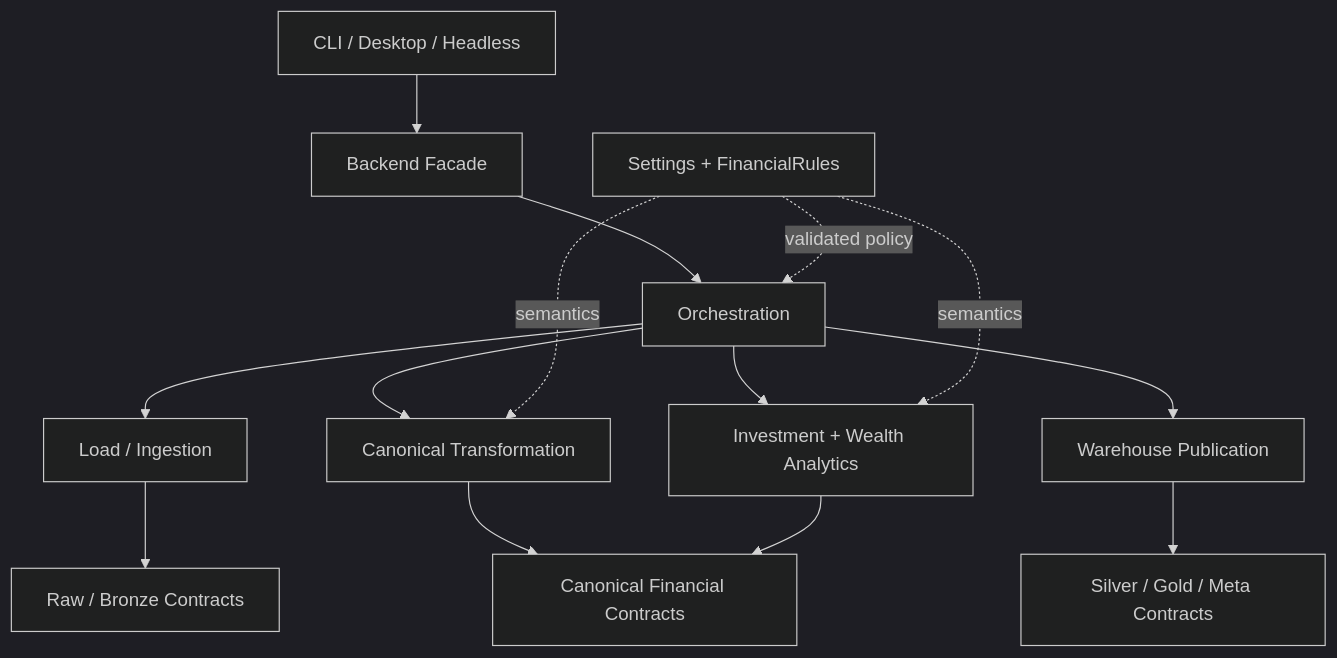
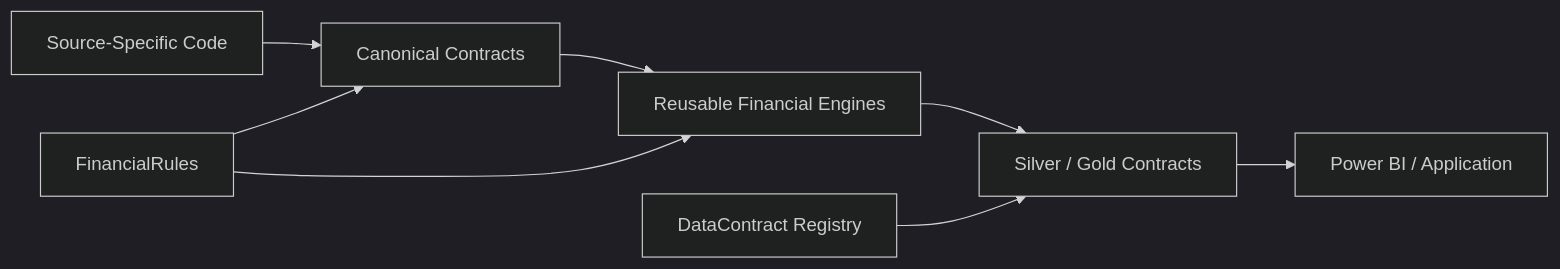
Before and after one commit to tks18/personal-finance-etl: the first of 3 diagrams in docs/developer/development-guide.md, drawn with Mermaid (dark theme). The commit also changed other lines of this file and 3 other files, not shown here.

````diff
--- a/docs/developer/development-guide.md
+++ b/docs/developer/development-guide.md
@@ -22,19 +13,11 @@
 ```mermaid
-flowchart TB
-    UI["CLI / Desktop / Headless"] --> API["Backend Facade"]
-    API --> ORCH["Orchestration"]
+flowchart LR
+    SRC["Source-Specific Code"] --> CAN["Canonical Contracts"]
+    CAN --> ENG["Reusable Financial Engines"]
+    ENG --> PUB["Silver / Gold Contracts"]
+    PUB --> APP["Power BI / Application"]
 
-    ORCH --> LOAD["Load / Ingestion"]
-    ORCH --> TRANS["Canonical Transformation"]
-    ORCH --> ANALYTICS["Investment + Wealth Analytics"]
-    ORCH --> PUBLISH["Warehouse Publication"]
-
-    LOAD --> RAW["Raw / Bronze Contracts"]
-    TRANS --> CANON["Canonical Financial Contracts"]
-    ANALYTICS --> CANON
-    PUBLISH --> CONTRACT["Silver / Gold / Meta Contracts"]
-
-    CFG["Settings + FinancialRules"] -. validated policy .-> ORCH
-    CFG -. semantics .-> TRANS
-    CFG -. semantics .-> ANALYTICS
+    RULES["FinancialRules"] --> CAN
+    RULES --> ENG
+    REG["DataContract Registry"] --> PUB
 ```
````
